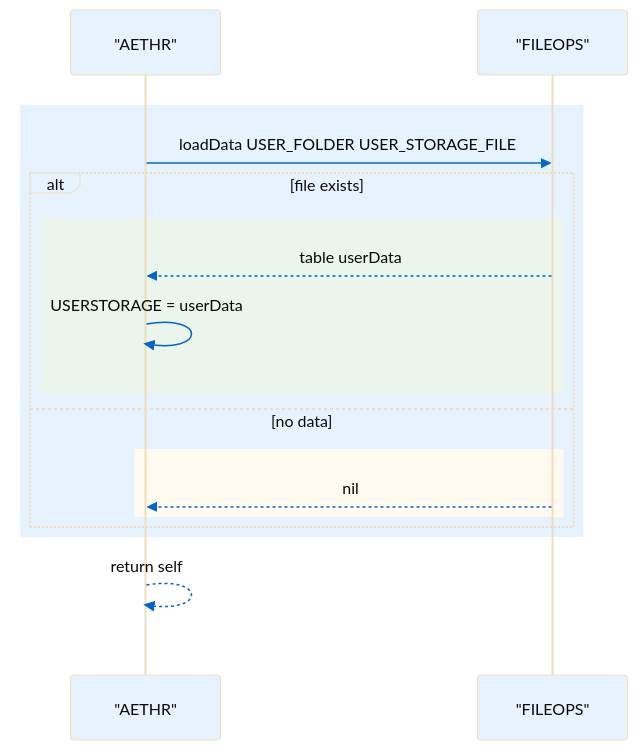
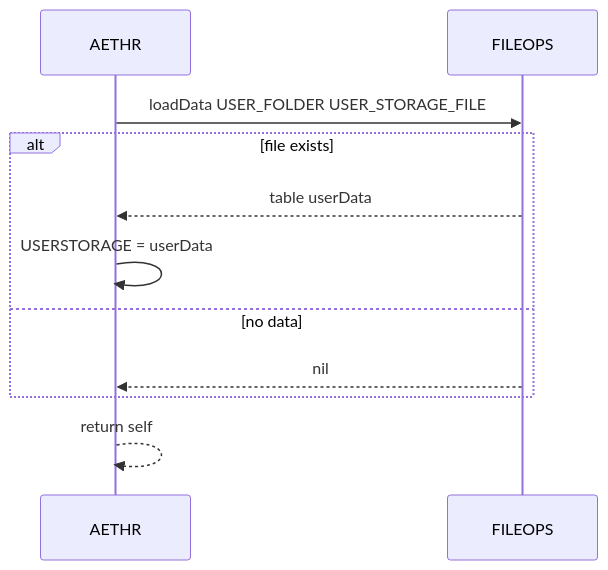
The second of 4 diagrams in docs/aethr/user_storage.md (Gh0st352/AETHR), drawn with Mermaid before and after one commit. The commit also changed other lines of this file and 20 other files, not shown here.

First line of the commit message:
docs: unify mermaid themes and clarify module graphs

````diff
--- a/docs/aethr/user_storage.md
+++ b/docs/aethr/user_storage.md
@@ -57,24 +42,15 @@
 ```mermaid
-%%{init: {"theme":"base","themeVariables":{"actorBkg":"#e6f3ff","actorTextColor":"#0a0a0aff","lineColor":"#495057","signalColor":"#0066cc","signalTextColor":"#070707ff","textColor":"#222222ff","fontSize":"14px"}}}%%
+%% shared theme: docs/_mermaid/theme.json %%
 sequenceDiagram
-  participant A as "AETHR"
-  participant F as "FILEOPS"
+  participant A as AETHR
+  participant F as FILEOPS
 
-  %% Background for readability on dark docs theme
-  rect rgba(255,255,255,0.75)
-    rect rgb(230,243,255)
-      A->>F: loadData USER_FOLDER USER_STORAGE_FILE
-      alt file exists
-        rect rgb(235,245,235)
-          F-->>A: table userData
-          A->>A: USERSTORAGE = userData
-        end
-      else no data
-        rect rgb(255,250,240)
-          F-->>A: nil
-        end
-      end
-    end
-    A-->>A: return self
+  A->>F: loadData USER_FOLDER USER_STORAGE_FILE
+  alt file exists
+    F-->>A: table userData
+    A->>A: USERSTORAGE = userData
+  else no data
+    F-->>A: nil
   end
+  A-->>A: return self
 ```
````
